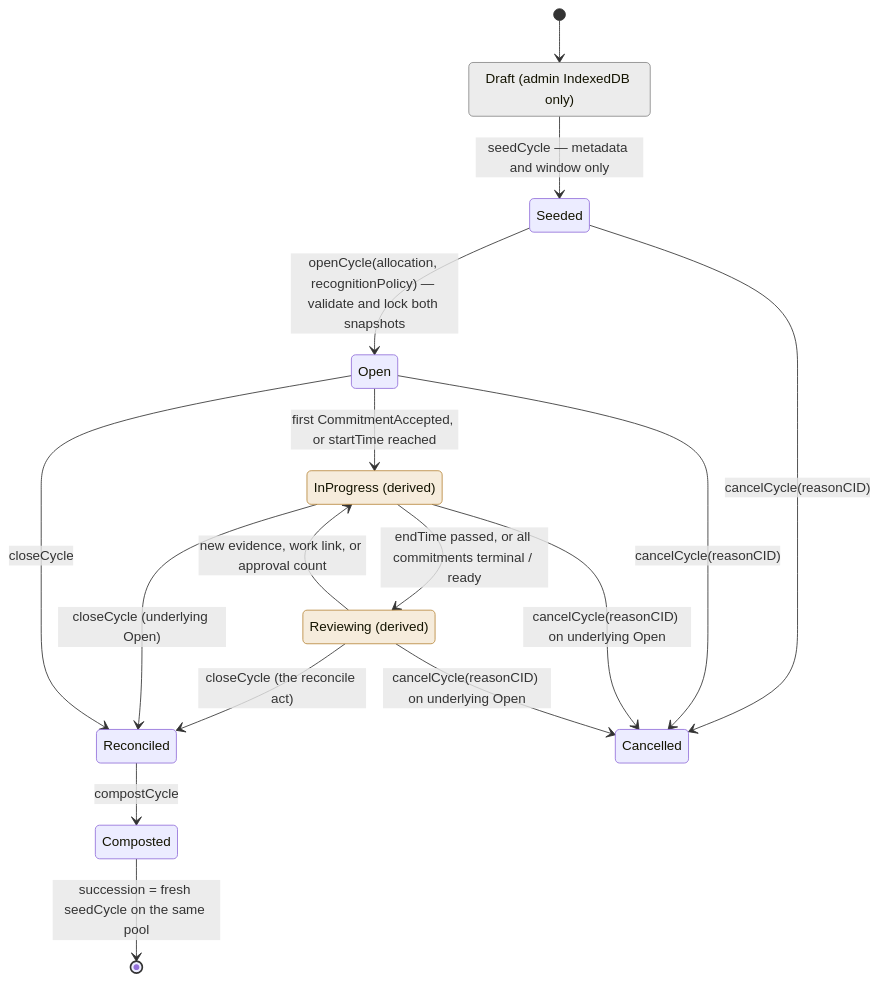
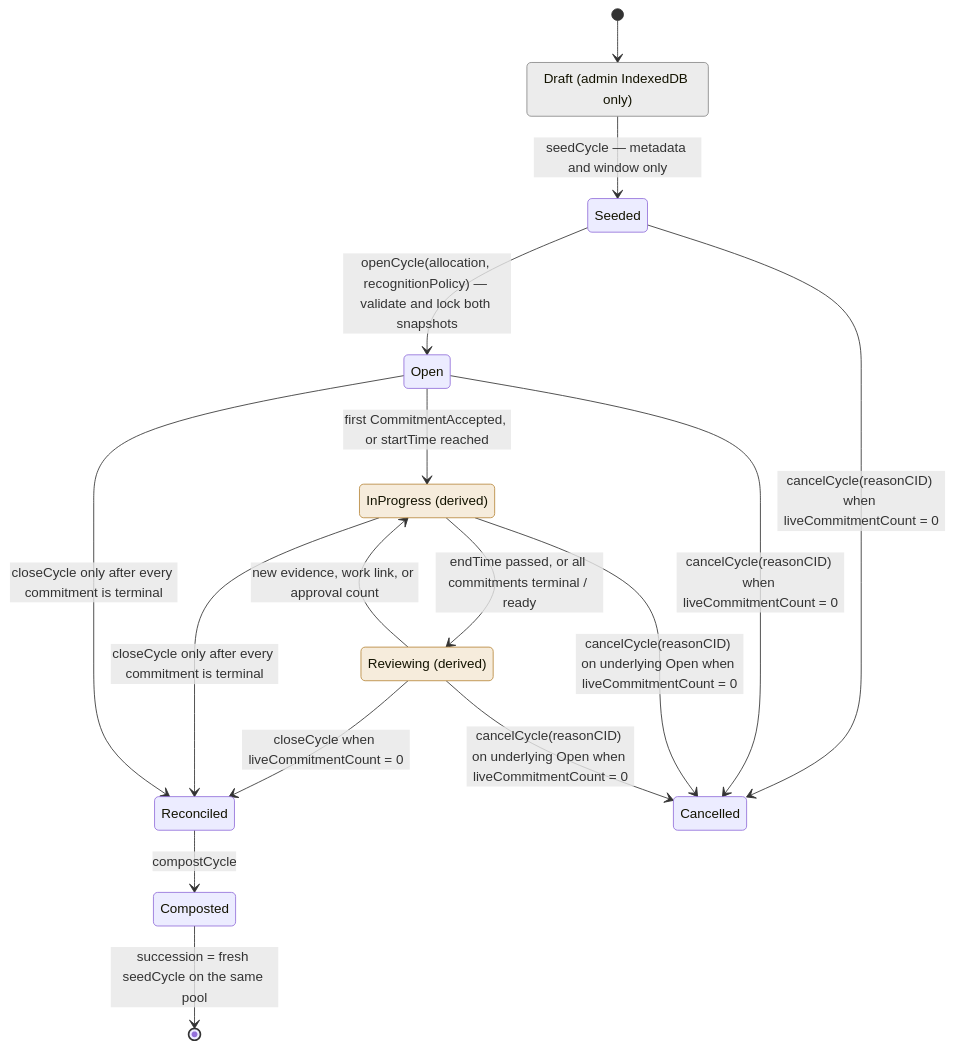
Before and after one commit to greenpill-dev-guild/green-goods: the ninth of 35 diagrams in .plans/active/commitment-pooling/diagrams.md, drawn with Mermaid. The commit also changed other lines of this file and 19 other files, not shown here.

````diff
--- a/.plans/active/commitment-pooling/diagrams.md
+++ b/.plans/active/commitment-pooling/diagrams.md
@@ -464,29 +466,29 @@
 ```mermaid
 stateDiagram-v2
   classDef derived fill:#f6ecdc,stroke:#b98a3e
   classDef appOnly fill:#ececec,stroke:#8a8a8a
 
   Draft: Draft (admin IndexedDB only)
   InProgress: InProgress (derived)
   Reviewing: Reviewing (derived)
 
   [*] --> Draft
   Draft --> Seeded : seedCycle — metadata and window only
   Seeded --> Open : openCycle(allocation, recognitionPolicy) — validate and lock both snapshots
   Open --> InProgress : first CommitmentAccepted, or startTime reached
   InProgress --> Reviewing : endTime passed, or all commitments terminal / ready
   Reviewing --> InProgress : new evidence, work link, or approval count
-  Reviewing --> Reconciled : closeCycle (the reconcile act)
-  InProgress --> Reconciled : closeCycle (underlying Open)
-  Open --> Reconciled : closeCycle
+  Reviewing --> Reconciled : closeCycle when liveCommitmentCount = 0
+  InProgress --> Reconciled : closeCycle only after every commitment is terminal
+  Open --> Reconciled : closeCycle only after every commitment is terminal
   Reconciled --> Composted : compostCycle
-  Seeded --> Cancelled : cancelCycle(reasonCID)
-  Open --> Cancelled : cancelCycle(reasonCID)
-  InProgress --> Cancelled : cancelCycle(reasonCID) on underlying Open
-  Reviewing --> Cancelled : cancelCycle(reasonCID) on underlying Open
+  Seeded --> Cancelled : cancelCycle(reasonCID) when liveCommitmentCount = 0
+  Open --> Cancelled : cancelCycle(reasonCID) when liveCommitmentCount = 0
+  InProgress --> Cancelled : cancelCycle(reasonCID) on underlying Open when liveCommitmentCount = 0
+  Reviewing --> Cancelled : cancelCycle(reasonCID) on underlying Open when liveCommitmentCount = 0
   Composted --> [*] : succession = fresh seedCycle on the same pool
 
   class InProgress derived
   class Reviewing derived
   class Draft appOnly
 ```
````
